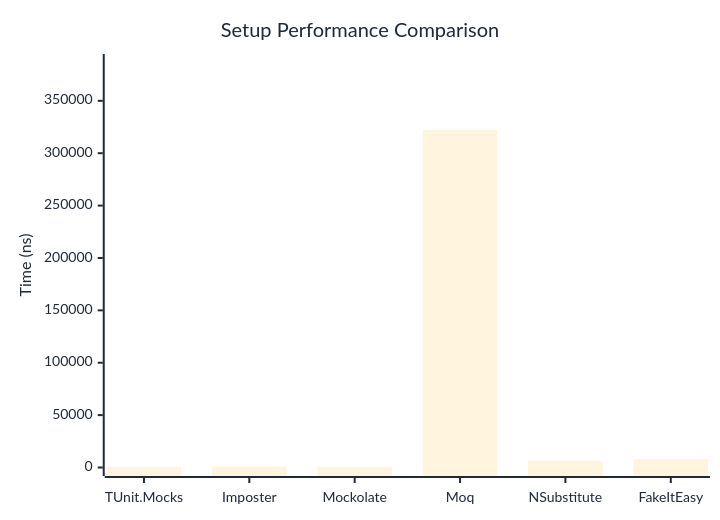
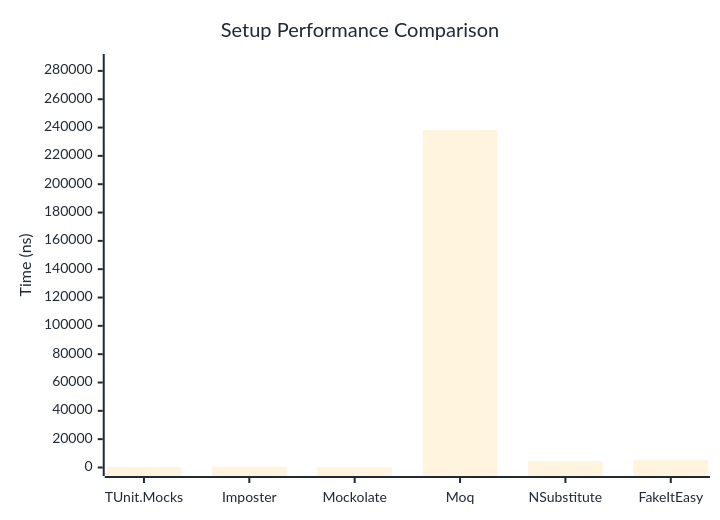
One commit to thomhurst/TUnit changed the first of 2 diagrams in docs/docs/benchmarks/mocks/Setup.md. Above: the diagram before and after it, drawn with Mermaid. The commit also changed other lines of this file and 14 other files, not shown here.

````diff
--- a/docs/docs/benchmarks/mocks/Setup.md
+++ b/docs/docs/benchmarks/mocks/Setup.md
@@ -30,27 +30,27 @@
 ```mermaid
 %%{init: {
   'theme':'base',
   'themeVariables': {
     'primaryColor': '#2563eb',
     'primaryTextColor': '#1f2937',
     'primaryBorderColor': '#1e40af',
     'lineColor': '#6b7280',
     'secondaryColor': '#7c3aed',
     'tertiaryColor': '#dc2626',
     'background': '#ffffff',
     'pie1': '#2563eb',
     'pie2': '#7c3aed',
     'pie3': '#dc2626',
     'pie4': '#f59e0b',
     'pie5': '#10b981',
     'pie6': '#06b6d4',
     'pie7': '#ec4899',
     'pie8': '#6366f1'
   }
 }}%%
 xychart-beta
   title "Setup Performance Comparison"
   x-axis ["TUnit.Mocks", "Imposter", "Mockolate", "Moq", "NSubstitute", "FakeItEasy"]
-  y-axis "Time (ns)" 0 --> 386589
-  bar [635.2, 996.1, 364.6, 322156.9, 6137.6, 7843.7]
+  y-axis "Time (ns)" 0 --> 285918
+  bar [430, 606.4, 243.6, 238264.3, 4533.6, 5531.1]
 ```
````
